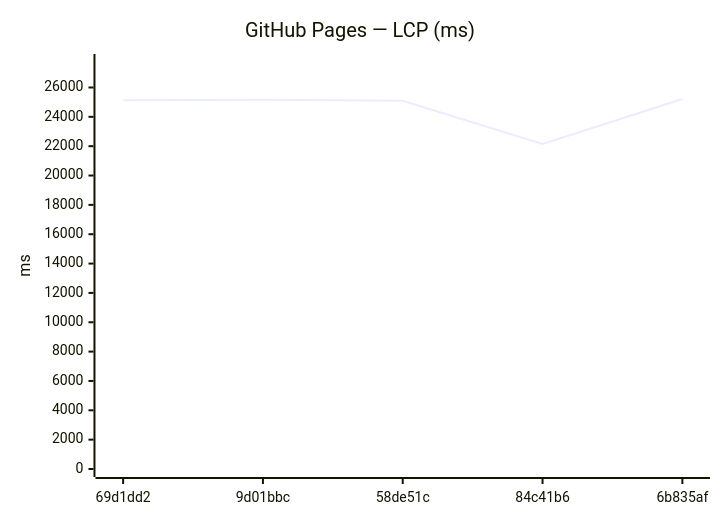
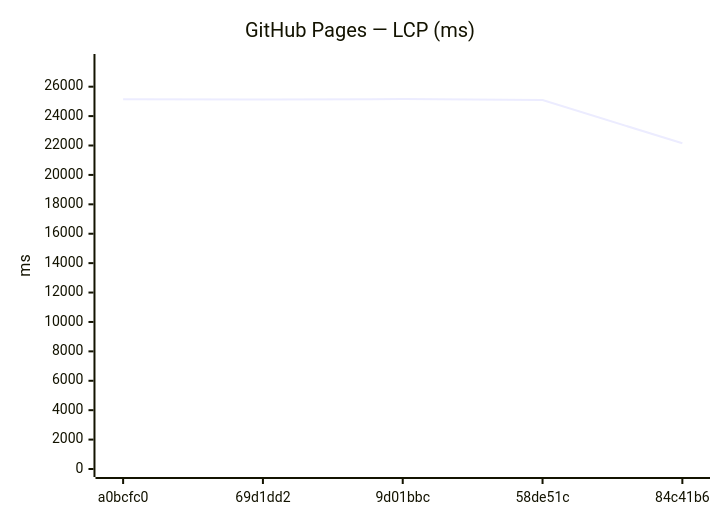
Before and after one commit to Metaheurist/Rianell: the seventh of 12 diagrams in benchmarks/compare.md, drawn with Mermaid. The commit also changed other lines of this file and 8 other files, not shown here.

````diff
--- a/benchmarks/compare.md
+++ b/benchmarks/compare.md
@@ -107,7 +107,7 @@
 ```mermaid
 xychart-beta
     title "GitHub Pages — LCP (ms)"
-    x-axis ["69d1dd2", "9d01bbc", "58de51c", "84c41b6", "6b835af"]
-    y-axis "ms" 0 --> 27737
-    line [25124, 25162, 25092, 22152, 25215]
+    x-axis ["a0bcfc0", "69d1dd2", "9d01bbc", "58de51c", "84c41b6"]
+    y-axis "ms" 0 --> 27679
+    line [25139, 25124, 25162, 25092, 22152]
 ```
````
